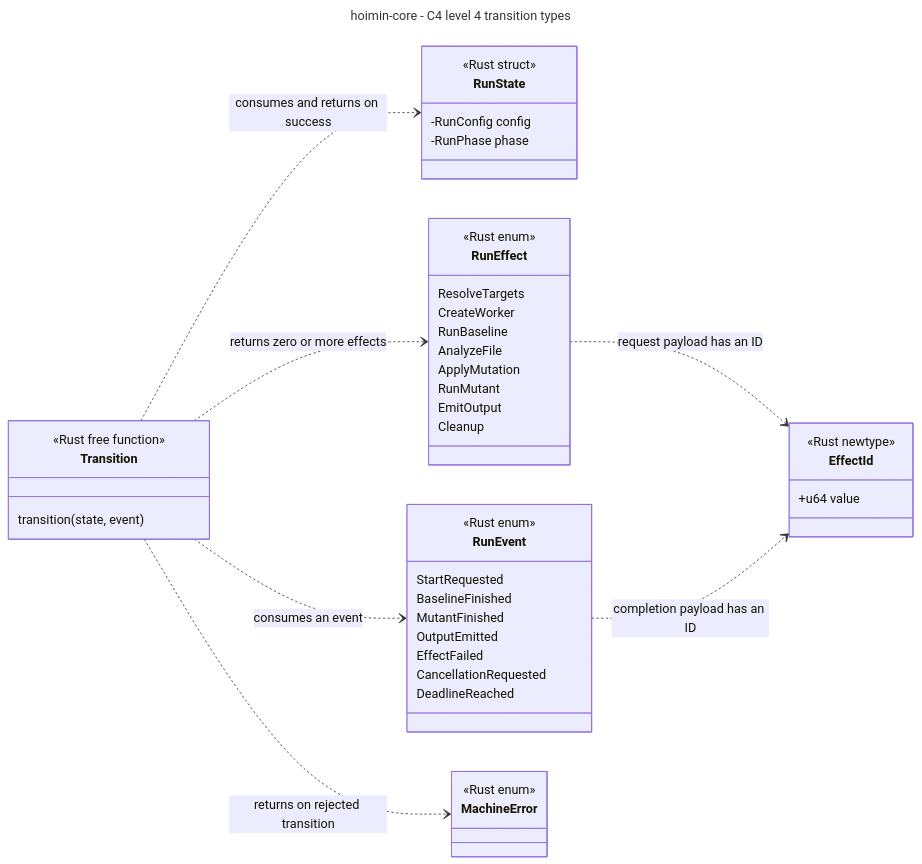
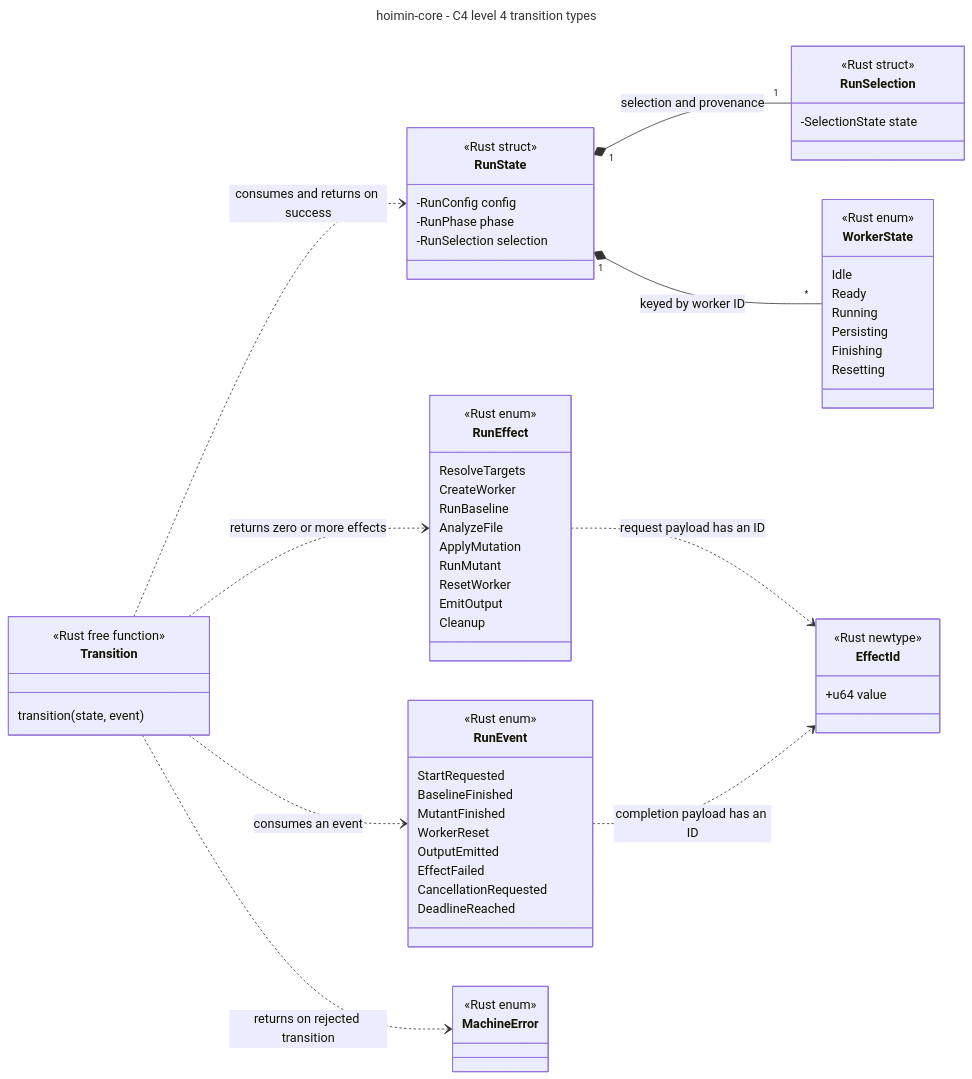
One commit to HayaoSuzuki/hoimin changed the fourth of 5 diagrams in docs/architecture/c4-model.md. Above: the diagram before and after it, drawn with Mermaid. The commit also changed other lines of this file, not shown here.

Commit message:
docs: refresh C4 architecture after recent refactors (#1009)

````diff
--- a/docs/architecture/c4-model.md
+++ b/docs/architecture/c4-model.md
@@ -239,50 +317,68 @@
 ```mermaid
 ---
 title: hoimin-core - C4 level 4 transition types
 ---
 classDiagram
     direction LR
     class RunState {
         <<Rust struct>>
         -RunConfig config
         -RunPhase phase
+        -RunSelection selection
+    }
+    class RunSelection {
+        <<Rust struct>>
+        -SelectionState state
+    }
+    class WorkerState {
+        <<Rust enum>>
+        Idle
+        Ready
+        Running
+        Persisting
+        Finishing
+        Resetting
     }
     class RunEvent {
         <<Rust enum>>
         StartRequested
         BaselineFinished
         MutantFinished
+        WorkerReset
         OutputEmitted
         EffectFailed
         CancellationRequested
         DeadlineReached
     }
     class RunEffect {
         <<Rust enum>>
         ResolveTargets
         CreateWorker
         RunBaseline
         AnalyzeFile
         ApplyMutation
         RunMutant
+        ResetWorker
         EmitOutput
         Cleanup
     }
     class EffectId {
         <<Rust newtype>>
         +u64 value
     }
     class Transition {
         <<Rust free function>>
         transition(state, event)
     }
     class MachineError {
         <<Rust enum>>
     }
+    RunState "1" *-- "1" RunSelection : selection and provenance
+    RunState "1" *-- "*" WorkerState : keyed by worker ID
     Transition ..> RunState : consumes and returns on success
     Transition ..> RunEvent : consumes an event
     Transition ..> RunEffect : returns zero or more effects
     Transition ..> MachineError : returns on rejected transition
     RunEffect ..> EffectId : request payload has an ID
     RunEvent ..> EffectId : completion payload has an ID
 ```
````
